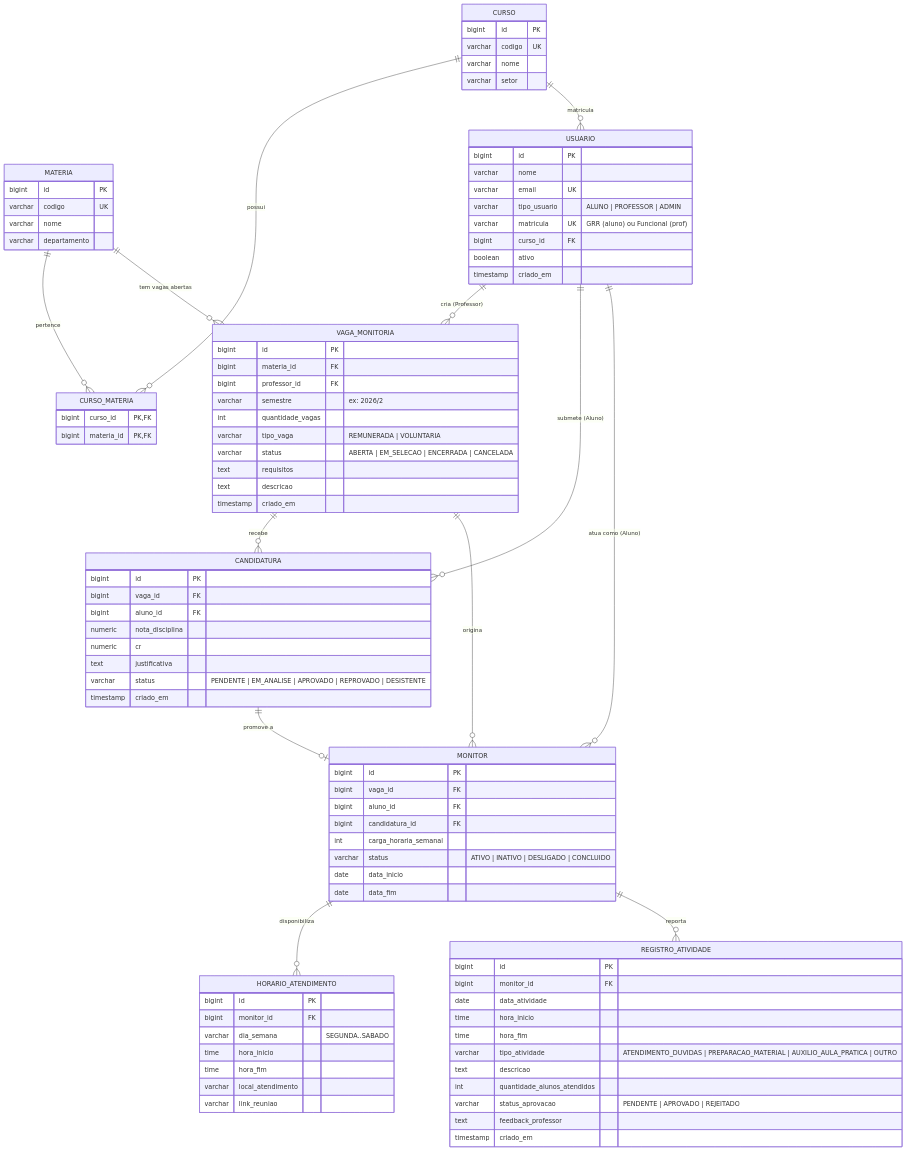
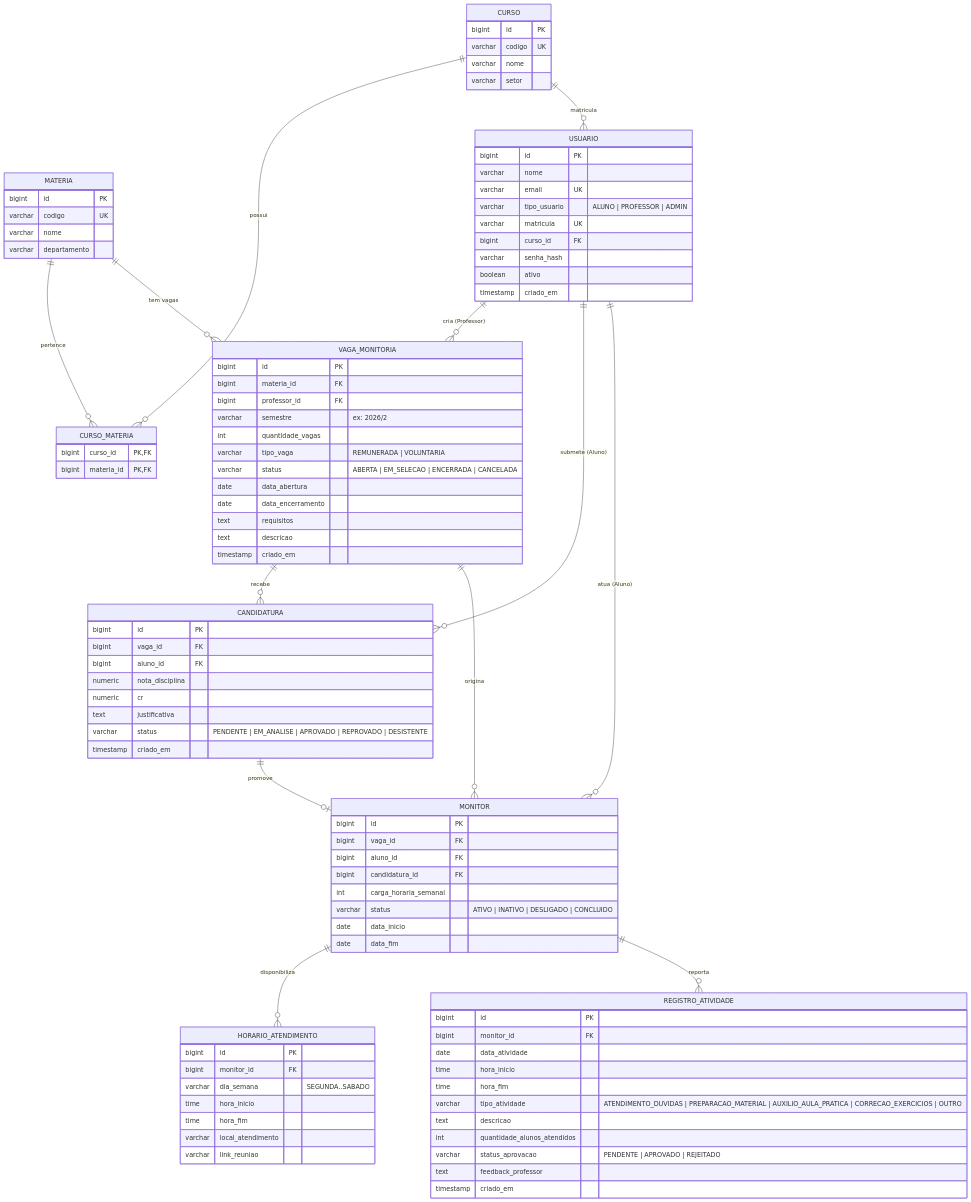
Before and after one commit to kaioposnky/monitoria-ufpr: the diagram in MODELAGEM_BANCO.md, drawn with Mermaid. The commit also changed other lines of this file and 16 other files, not shown here.

Commit message:
docs: adiciona requisitos, ASRs, ADRs e diagramas UML

```diff
--- a/MODELAGEM_BANCO.md
+++ b/MODELAGEM_BANCO.md
@@ -12,17 +9,17 @@
     CURSO ||--o{ CURSO_MATERIA : possui
     MATERIA ||--o{ CURSO_MATERIA : pertence
     CURSO ||--o{ USUARIO : matricula
-    
+
     USUARIO ||--o{ VAGA_MONITORIA : "cria (Professor)"
-    MATERIA ||--o{ VAGA_MONITORIA : "tem vagas abertas"
-    
+    MATERIA ||--o{ VAGA_MONITORIA : "tem vagas"
+
     USUARIO ||--o{ CANDIDATURA : "submete (Aluno)"
     VAGA_MONITORIA ||--o{ CANDIDATURA : "recebe"
-    
-    USUARIO ||--o{ MONITOR : "atua como (Aluno)"
+
+    USUARIO ||--o{ MONITOR : "atua (Aluno)"
     VAGA_MONITORIA ||--o{ MONITOR : "origina"
-    CANDIDATURA ||--o| MONITOR : "promove a"
-    
+    CANDIDATURA ||--o| MONITOR : "promove"
+
     MONITOR ||--o{ HORARIO_ATENDIMENTO : "disponibiliza"
     MONITOR ||--o{ REGISTRO_ATIVIDADE : "reporta"
 
@@ -38,8 +35,9 @@
         varchar nome
         varchar email UK
         varchar tipo_usuario "ALUNO | PROFESSOR | ADMIN"
-        varchar matricula UK "GRR (aluno) ou Funcional (prof)"
+        varchar matricula UK
         bigint curso_id FK
+        varchar senha_hash
         boolean ativo
         timestamp criado_em
     }
@@ -64,6 +62,8 @@
         int quantidade_vagas
         varchar tipo_vaga "REMUNERADA | VOLUNTARIA"
         varchar status "ABERTA | EM_SELECAO | ENCERRADA | CANCELADA"
+        date data_abertura
+        date data_encerramento
         text requisitos
         text descricao
         timestamp criado_em
@@ -107,7 +107,7 @@
         date data_atividade
         time hora_inicio
         time hora_fim
-        varchar tipo_atividade "ATENDIMENTO_DUVIDAS | PREPARACAO_MATERIAL | AUXILIO_AULA_PRATICA | OUTRO"
+        varchar tipo_atividade "ATENDIMENTO_DUVIDAS | PREPARACAO_MATERIAL | AUXILIO_AULA_PRATICA | CORRECAO_EXERCICIOS | OUTRO"
         text descricao
         int quantidade_alunos_atendidos
         varchar status_aprovacao "PENDENTE | APROVADO | REJEITADO"
```
